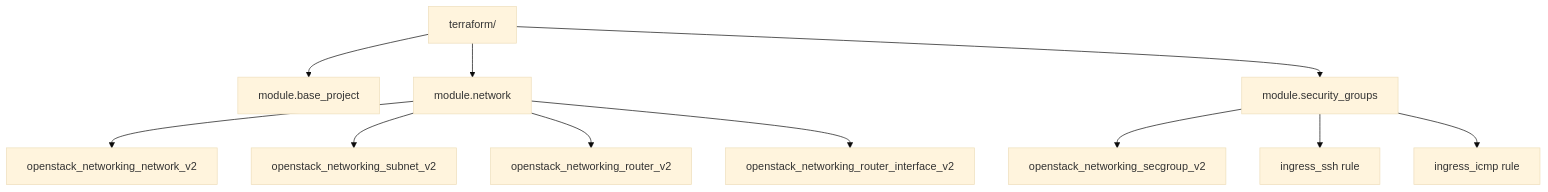
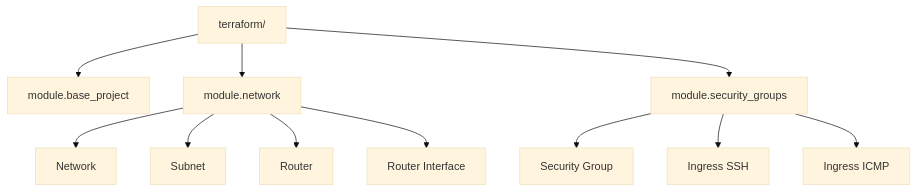
The eighth of 8 diagrams in README.md (amineammari/vm-migrator), drawn with Mermaid (base theme) before and after one commit. The commit also changed other lines of this file and 1 other file, not shown here.

First line of the commit message:
Add architecture documentation for VM Migrator

````diff
--- a/README.md
+++ b/README.md
@@ -844,15 +656,15 @@
 ```mermaid
 graph TD
   Root[terraform/] --> Base[module.base_project]
   Root --> Net[module.network]
   Root --> SG[module.security_groups]
 
-  Net --> N1[openstack_networking_network_v2]
-  Net --> N2[openstack_networking_subnet_v2]
-  Net --> N3[openstack_networking_router_v2]
-  Net --> N4[openstack_networking_router_interface_v2]
+  Net --> N1[Network]
+  Net --> N2[Subnet]
+  Net --> N3[Router]
+  Net --> N4[Router Interface]
 
-  SG --> S1[openstack_networking_secgroup_v2]
-  SG --> S2[ingress_ssh rule]
-  SG --> S3[ingress_icmp rule]
+  SG --> S1[Security Group]
+  SG --> S2[Ingress SSH]
+  SG --> S3[Ingress ICMP]
 ```
````
